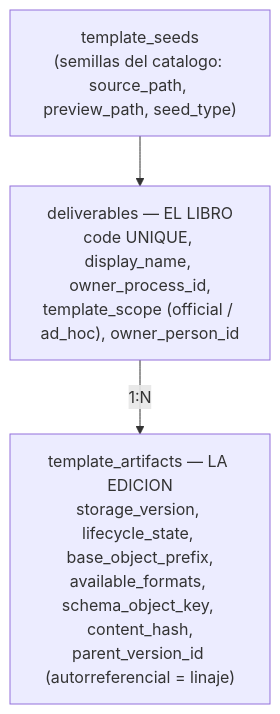
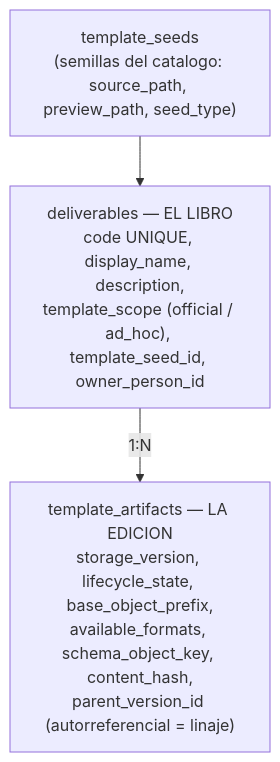
The diagram in docs/src/content/docs/datos/modos-y-plantillas.md (fresvel/deasy), drawn with Mermaid before and after one commit. The commit also changed other lines of this file and 43 other files, not shown here.

````diff
--- a/docs/src/content/docs/datos/modos-y-plantillas.md
+++ b/docs/src/content/docs/datos/modos-y-plantillas.md
@@ -31,10 +31,10 @@
 ```mermaid
 %% diagrama 09 — plantillas: la semilla, el libro (deliverables) y sus ediciones
 flowchart TD
     SEEDS["template_seeds<br/>(semillas del catalogo: source_path, preview_path, seed_type)"]
-    DEL["deliverables — EL LIBRO<br/>code UNIQUE, display_name, owner_process_id,<br/>template_scope (official / ad_hoc), owner_person_id"]
+    DEL["deliverables — EL LIBRO<br/>code UNIQUE, display_name, description,<br/>template_scope (official / ad_hoc), template_seed_id, owner_person_id"]
     ART["template_artifacts — LA EDICION<br/>storage_version, lifecycle_state, base_object_prefix,<br/>available_formats, schema_object_key, content_hash,<br/>parent_version_id (autorreferencial = linaje)"]
 
     SEEDS --> DEL
     DEL -->|"1:N"| ART
 ```
````
